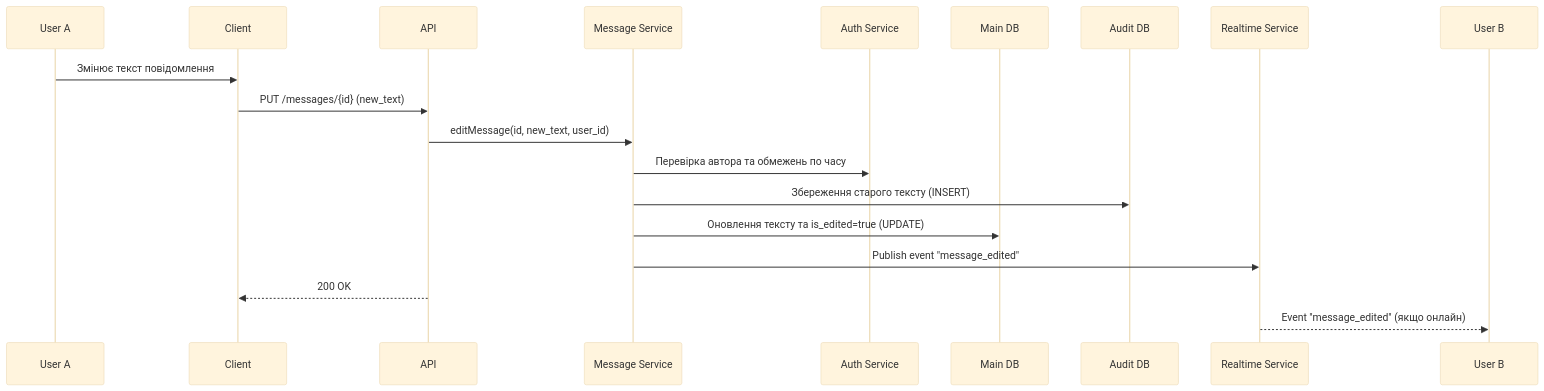
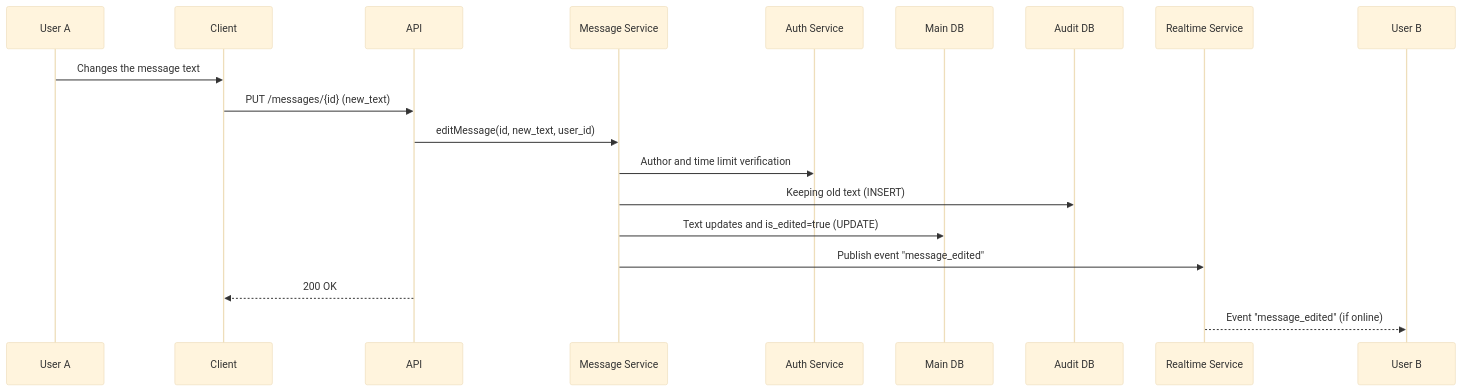
Before and after one commit to Godsay7/DocLab1: the second of 3 diagrams in README.md, drawn with Mermaid (base theme). The commit also changed other lines of this file, not shown here.

````diff
--- a/README.md
+++ b/README.md
@@ -23,25 +23,25 @@
 ```mermaid
 sequenceDiagram
   participant A as User A
   participant Client
   participant API
   participant Msg as Message Service
   participant AS as Auth Service
   participant DB as Main DB
   participant Audit as Audit DB
   participant RT as Realtime Service
   participant B as User B
 
-  A->>Client: Змінює текст повідомлення
+  A->>Client: Changes the message text
   Client->>API: PUT /messages/{id} (new_text)
   API->>Msg: editMessage(id, new_text, user_id)
   
-  Msg->>AS: Перевірка автора та обмежень по часу
-  Msg->>Audit: Збереження старого тексту (INSERT)
-  Msg->>DB: Оновлення тексту та is_edited=true (UPDATE)
+  Msg->>AS: Author and time limit verification
+  Msg->>Audit: Keeping old text (INSERT)
+  Msg->>DB: Text updates and is_edited=true (UPDATE)
   
   Msg->>RT: Publish event "message_edited"
   API-->>Client: 200 OK
   
-  RT-->>B: Event "message_edited" (якщо онлайн)
+  RT-->>B: Event "message_edited" (if online)
 ```
````
